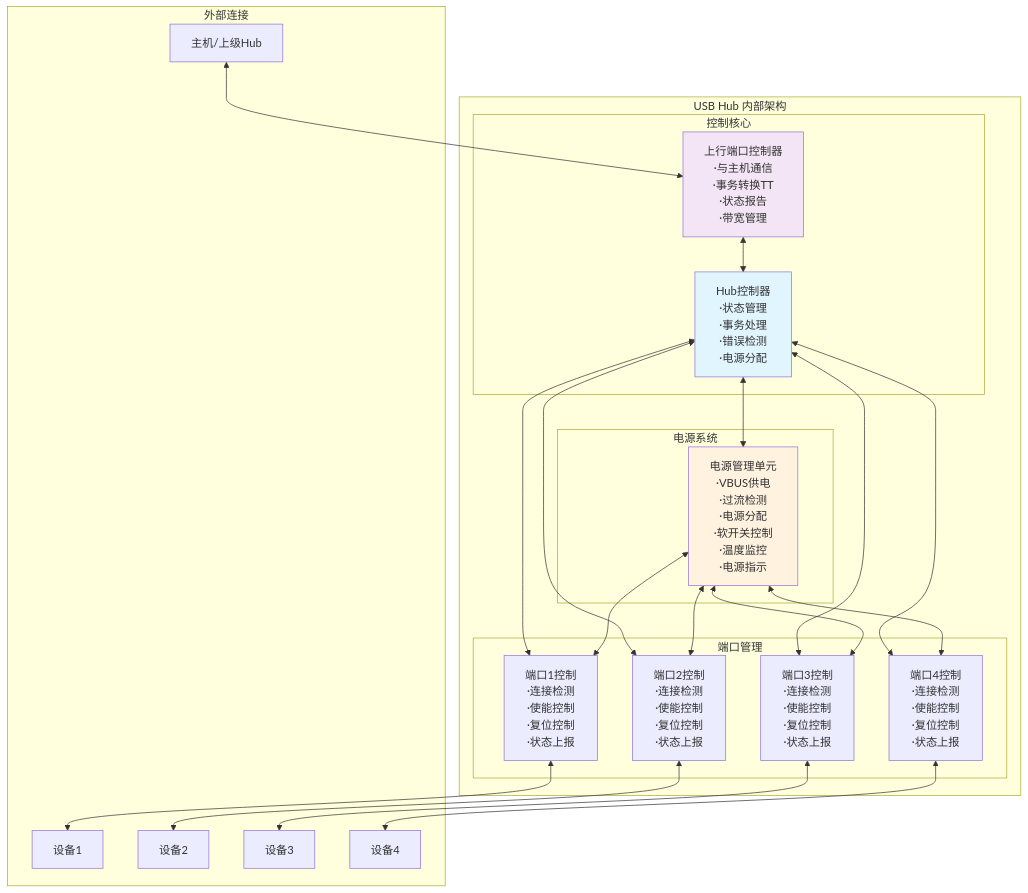
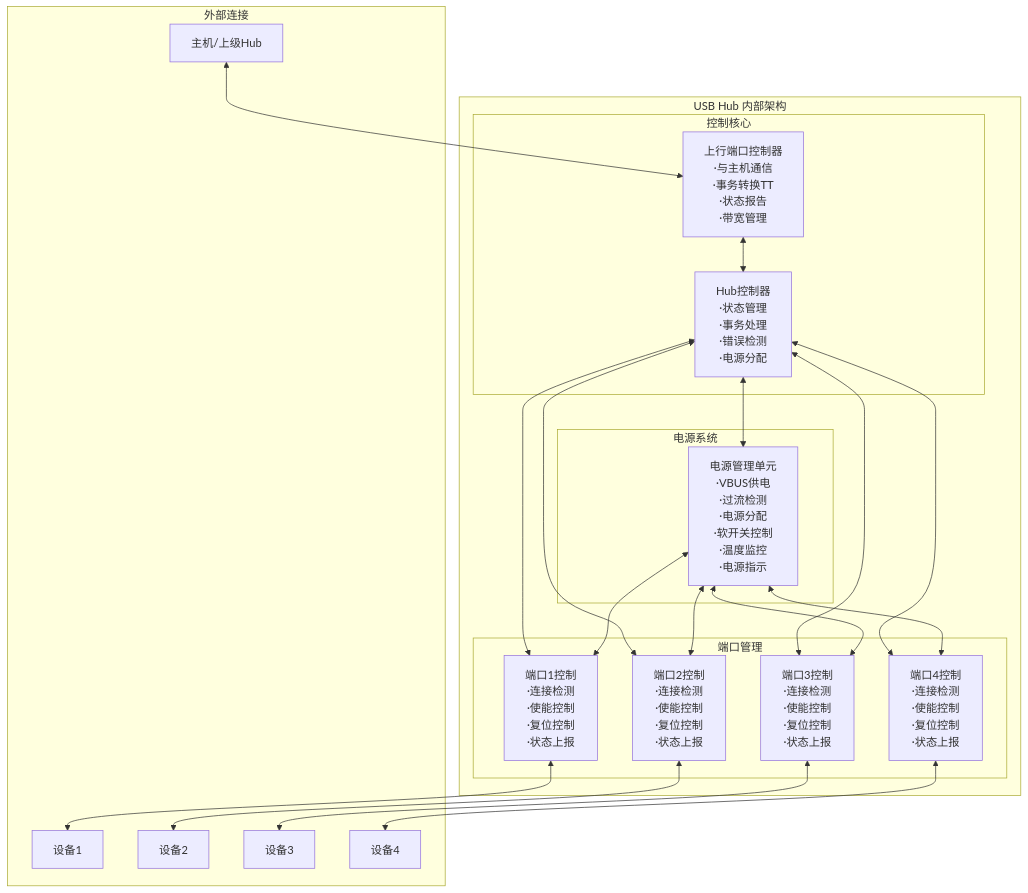
One commit to TbusOS/usb-learn changed diagram 11 of 21 in 08-USB架构图和流程图-可视化版.md. Above: the diagram before and after it, drawn with Mermaid. The commit also changed other lines of this file and 1 other file, not shown here.

````diff
--- a/08-USB架构图和流程图-可视化版.md
+++ b/08-USB架构图和流程图-可视化版.md
@@ -465,51 +455,49 @@
 ```mermaid
 graph TB
     subgraph "USB Hub 内部架构"
         subgraph "控制核心"
             HC[Hub控制器<br/>·状态管理<br/>·事务处理<br/>·错误检测<br/>·电源分配]
             UPC[上行端口控制器<br/>·与主机通信<br/>·事务转换TT<br/>·状态报告<br/>·带宽管理]
         end
         
         subgraph "端口管理"
             P1[端口1控制<br/>·连接检测<br/>·使能控制<br/>·复位控制<br/>·状态上报]
             P2[端口2控制<br/>·连接检测<br/>·使能控制<br/>·复位控制<br/>·状态上报]  
             P3[端口3控制<br/>·连接检测<br/>·使能控制<br/>·复位控制<br/>·状态上报]
             P4[端口4控制<br/>·连接检测<br/>·使能控制<br/>·复位控制<br/>·状态上报]
         end
         
         subgraph "电源系统"
             PM[电源管理单元<br/>·VBUS供电<br/>·过流检测<br/>·电源分配<br/>·软开关控制<br/>·温度监控<br/>·电源指示]
         end
     end
     
     subgraph "外部连接"
         HOST[主机/上级Hub]
         DEV1[设备1]
         DEV2[设备2] 
         DEV3[设备3]
         DEV4[设备4]
     end
     
     HOST <--> UPC
     UPC <--> HC
     
     HC <--> P1
     HC <--> P2
     HC <--> P3
     HC <--> P4
     
     HC <--> PM
     PM <--> P1
     PM <--> P2
     PM <--> P3
     PM <--> P4
     
     P1 <--> DEV1
     P2 <--> DEV2
     P3 <--> DEV3
     P4 <--> DEV4
     
-    style HC fill:#e1f5fe
-    style PM fill:#fff3e0
-    style UPC fill:#f3e5f5
+
 ```
````
